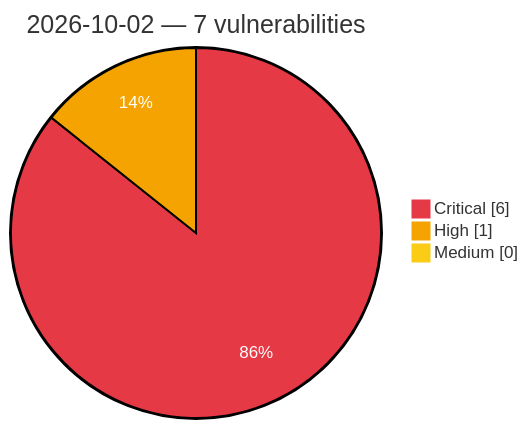
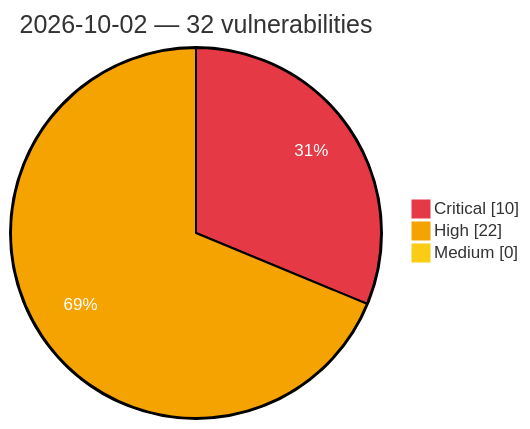
One commit to GhostX0X/vuln-tracker changed the diagram in vulnerabilities/2026/October/2026-10-02.md. Above: the diagram before and after it, drawn with Mermaid. The commit also changed other lines of this file and 5 other files, not shown here.

Commit message:
Auto update: critical/high vulns (2026-10-02 12:42 UTC)

````diff
--- a/vulnerabilities/2026/October/2026-10-02.md
+++ b/vulnerabilities/2026/October/2026-10-02.md
@@ -3,8 +3,8 @@
 ```mermaid
 %%{init: {'theme':'base', 'themeVariables': {'pie1':'#e63946', 'pie2':'#f4a300', 'pie3':'#facc15', 'pieOpacity':'1', 'pieOuterStrokeWidth':'2px', 'pieSectionTextColor':'#ffffff'}}}%%
 pie showData
-    title 2026-10-02 — 7 vulnerabilities
-    "Critical" : 6
-    "High" : 1
+    title 2026-10-02 — 32 vulnerabilities
+    "Critical" : 10
+    "High" : 22
     "Medium" : 0
 ```
````
